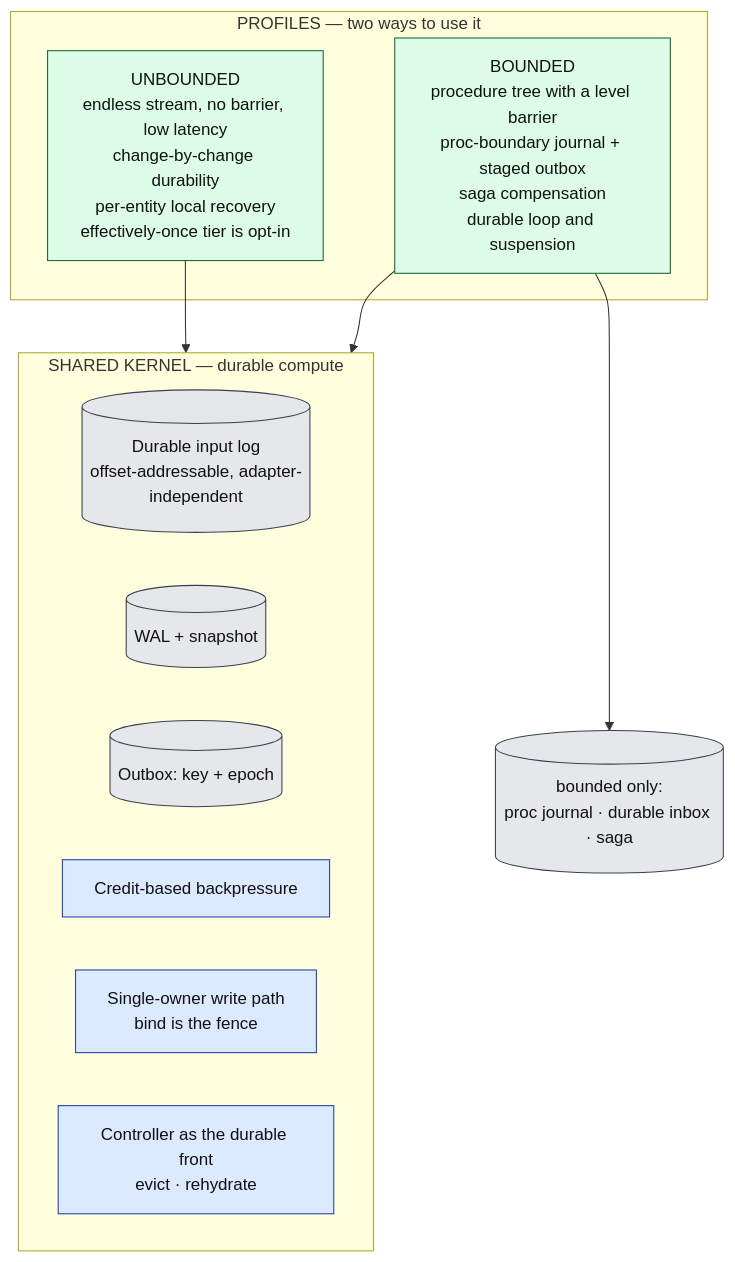
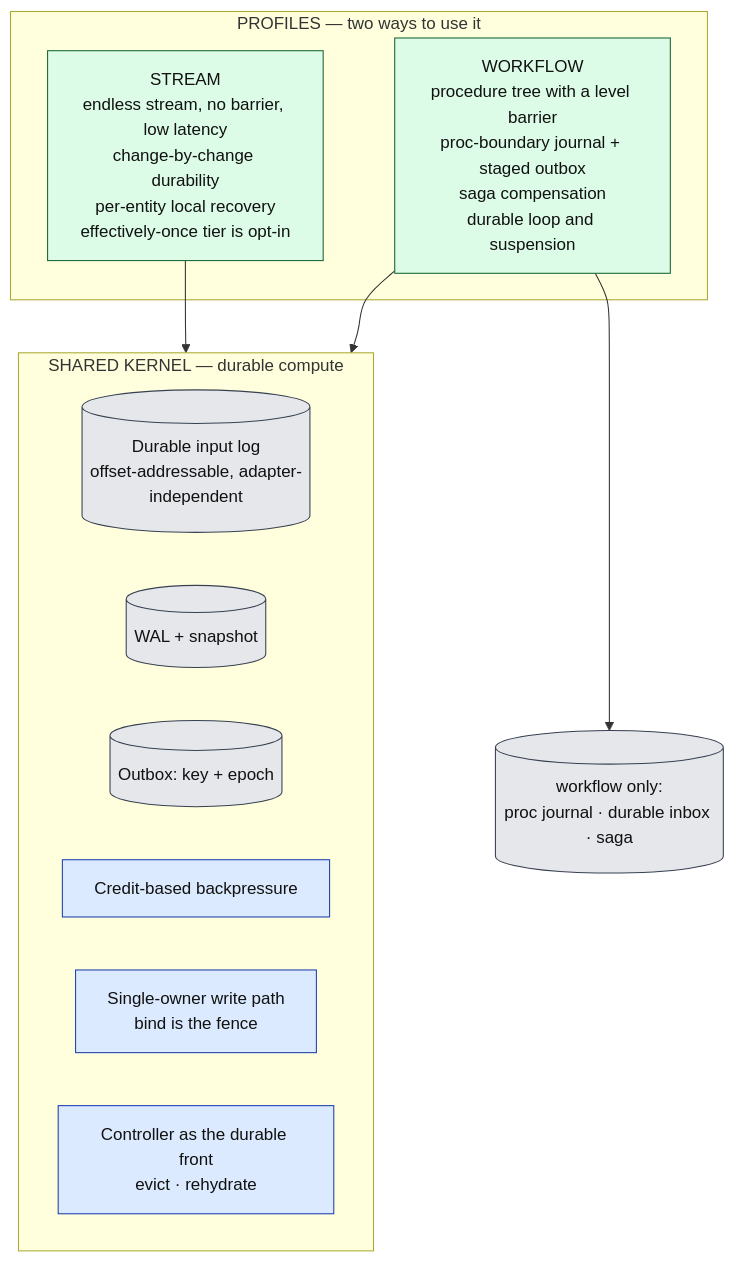
One commit to Flezha/flezha changed the fifth of 9 diagrams in docs/architecture/README.md. Above: the diagram before and after it, drawn with Mermaid. The commit also changed other lines of this file and 431 other files, not shown here.

````diff
--- a/docs/architecture/README.md
+++ b/docs/architecture/README.md
@@ -225,24 +225,24 @@
 ```mermaid
 flowchart TB
     subgraph PROF["PROFILES — two ways to use it"]
-        UNB["UNBOUNDED<br/>endless stream, no barrier, low latency<br/>change-by-change durability<br/>per-entity local recovery<br/>effectively-once tier is opt-in"]:::exec
-        BND["BOUNDED<br/>procedure tree with a level barrier<br/>proc-boundary journal + staged outbox<br/>saga compensation<br/>durable loop and suspension"]:::exec
+        UNB["STREAM<br/>endless stream, no barrier, low latency<br/>change-by-change durability<br/>per-entity local recovery<br/>effectively-once tier is opt-in"]:::exec
+        BND["WORKFLOW<br/>procedure tree with a level barrier<br/>proc-boundary journal + staged outbox<br/>saga compensation<br/>durable loop and suspension"]:::exec
     end
     subgraph KERN["SHARED KERNEL — durable compute"]
         K1[("Durable input log<br/>offset-addressable, adapter-independent")]:::store
         K2[("WAL + snapshot")]:::store
         K3[("Outbox: key + epoch")]:::store
         K4["Credit-based backpressure"]:::ctrl
         K5["Single-owner write path<br/>bind is the fence"]:::ctrl
         K6["Controller as the durable front<br/>evict · rehydrate"]:::ctrl
     end
-    BEXTRA[("bounded only:<br/>proc journal · durable inbox · saga")]:::store
+    BEXTRA[("workflow only:<br/>proc journal · durable inbox · saga")]:::store
 
     UNB --> KERN
     BND --> KERN
     BND --> BEXTRA
 
     classDef ctrl fill:#dbeafe,stroke:#1e40af,color:#111
     classDef exec fill:#dcfce7,stroke:#166534,color:#111
     classDef store fill:#e5e7eb,stroke:#374151,color:#111
 ```
````
